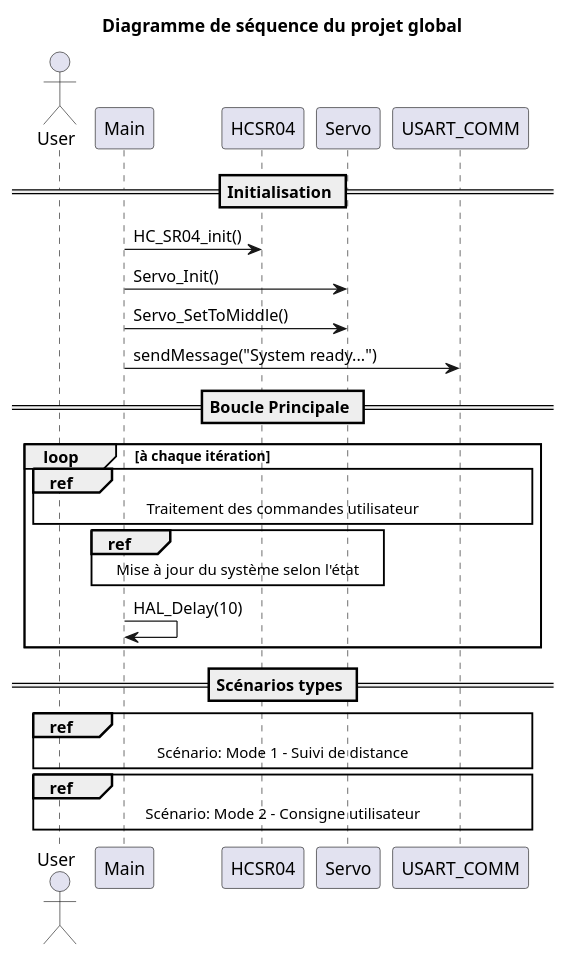
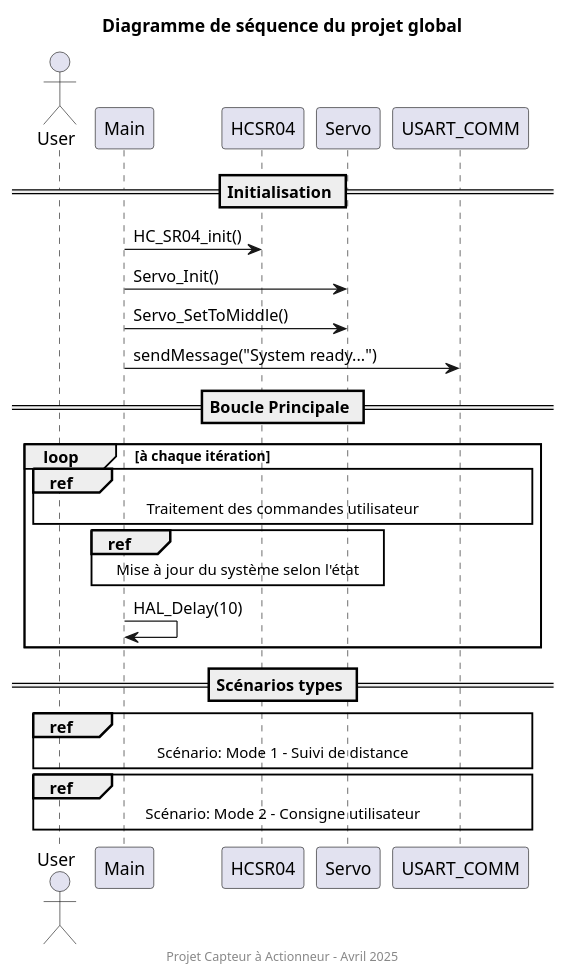
One commit to AzTaiiyoo/Capteur_actionneur changed the diagram in doc-README/DS-Main.puml. Above: the diagram before and after it, drawn with PlantUML. The commit also changed 15 other files, not shown here.

```diff
--- a/doc-README/DS-Main.puml
+++ b/doc-README/DS-Main.puml
@@ -1,42 +1,44 @@
 @startuml
-
-title Diagramme de séquence du projet global
 
 ' Participants (modules)
 actor "User" as User
 participant "Main" as Main
 participant "HCSR04" as HCSR04
 participant "Servo" as Servo
 participant "USART_COMM" as USART
 
 ' Initialisation
 == Initialisation ==
 Main -> HCSR04: HC_SR04_init()
 Main -> Servo: Servo_Init()
 Main -> Servo: Servo_SetToMiddle()
 Main -> USART: sendMessage("System ready...")
 
 ' Boucle principale avec référence
 == Boucle Principale ==
 loop à chaque itération
   ref over User, Main, HCSR04, Servo, USART
     Traitement des commandes utilisateur
   end ref
   
   ref over Main, HCSR04, Servo
     Mise à jour du système selon l'état
   end ref
   
   Main -> Main: HAL_Delay(10)
 end
 
 ' Scénarios de cas d'utilisation typiques
 == Scénarios types ==
 ref over User, Main, HCSR04, Servo, USART
   Scénario: Mode 1 - Suivi de distance
 end ref
 
 ref over User, Main, Servo, USART
   Scénario: Mode 2 - Consigne utilisateur
 end ref
+
+title Diagramme de séquence du projet global
+footer Projet Capteur à Actionneur – Avril 2025
+
 @enduml
```
